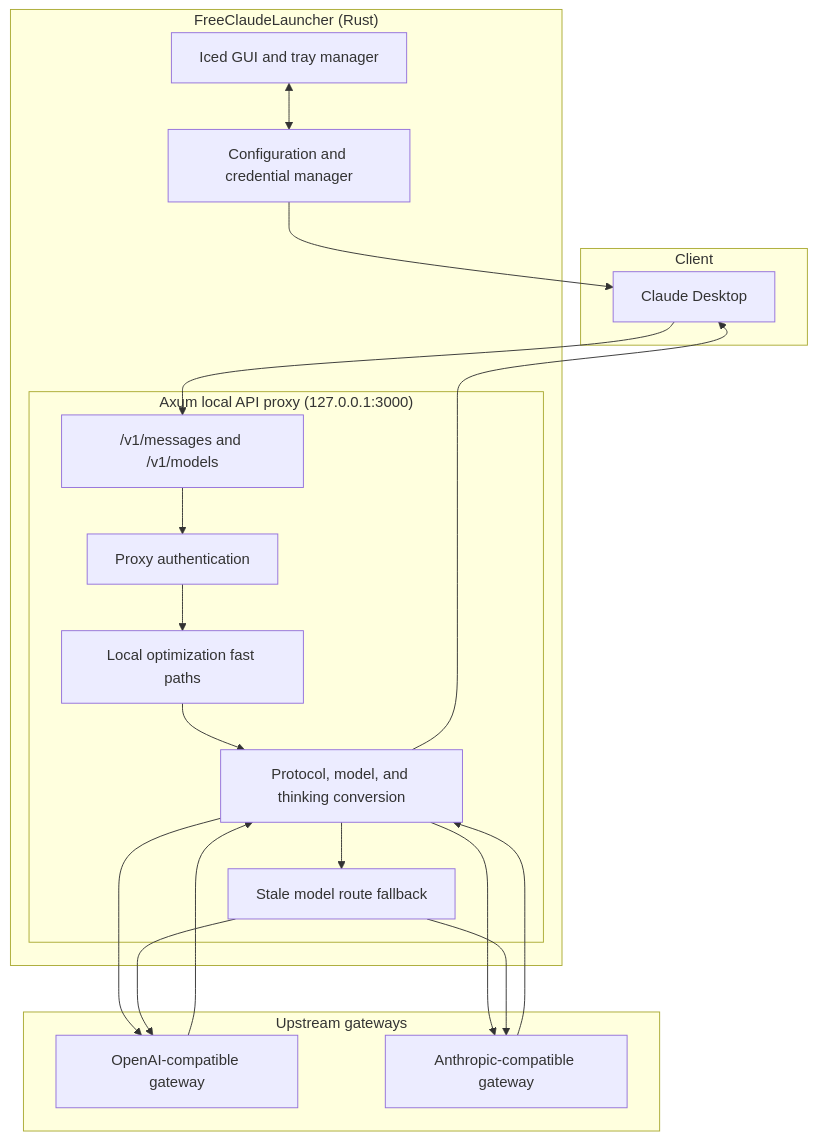
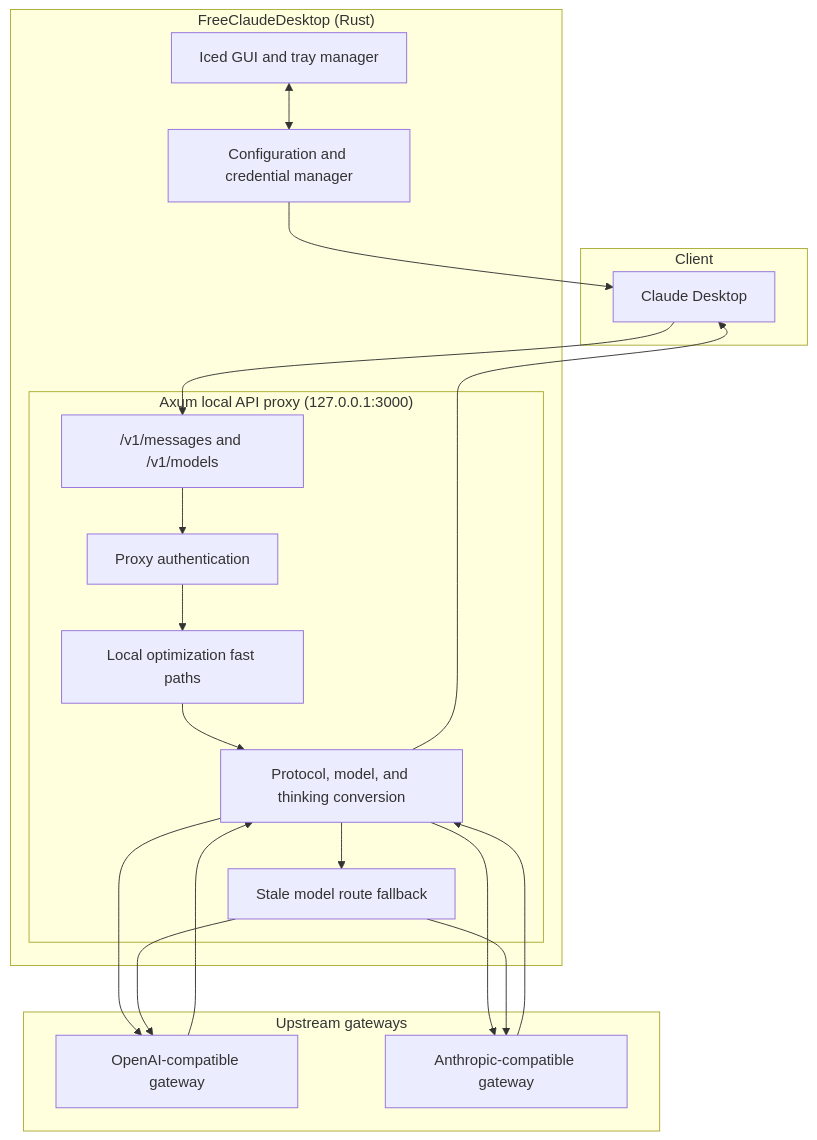
One commit to mushroomTW/FreeClaudeDesktop changed the first of 2 diagrams in README.md. Above: the diagram before and after it, drawn with Mermaid. The commit also changed other lines of this file and 12 other files, not shown here.

````diff
--- a/README.md
+++ b/README.md
@@ -15,33 +15,33 @@
 ```mermaid
 flowchart TD
     subgraph Client ["Client"]
         CD["Claude Desktop"]
     end
 
-    subgraph Launcher ["FreeClaudeLauncher (Rust)"]
+    subgraph Launcher ["FreeClaudeDesktop (Rust)"]
         GUI["Iced GUI and tray manager"]
         Config["Configuration and credential manager"]
 
         subgraph Proxy ["Axum local API proxy (127.0.0.1:3000)"]
             Router["/v1/messages and /v1/models"]
             Auth["Proxy authentication"]
             FastPath["Local optimization fast paths"]
             Converter["Protocol, model, and thinking conversion"]
             Fallback["Stale model route fallback"]
         end
     end
 
     subgraph Upstream ["Upstream gateways"]
         OpenAI["OpenAI-compatible gateway"]
         Anthropic["Anthropic-compatible gateway"]
     end
 
     GUI <--> Config
     Config --> CD
     CD --> Router --> Auth --> FastPath --> Converter
     Converter --> OpenAI & Anthropic
     OpenAI & Anthropic --> Converter
     Converter --> Fallback
     Fallback --> OpenAI & Anthropic
     Converter --> CD
 ```
````
